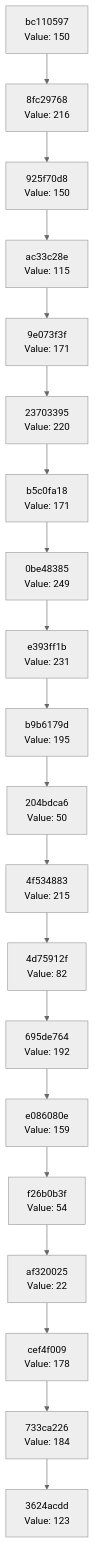
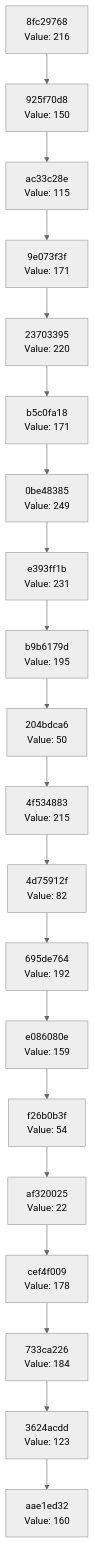
The diagram in docs/CHAIN_VISUALIZATION.md (Abhisheksinha1506/hash-chain-evolver), drawn with Mermaid (neutral theme) before and after one commit. The commit also changed 3 other files, not shown here.

````diff
--- a/docs/CHAIN_VISUALIZATION.md
+++ b/docs/CHAIN_VISUALIZATION.md
@@ -3,42 +3,42 @@
 ```mermaid
 graph TD
-    C0["3624acdd<br/>Value: 123"]
-    C1["733ca226<br/>Value: 184"]
+    C0["aae1ed32<br/>Value: 160"]
+    C1["3624acdd<br/>Value: 123"]
     C1 --> C0
-    C2["cef4f009<br/>Value: 178"]
+    C2["733ca226<br/>Value: 184"]
     C2 --> C1
-    C3["af320025<br/>Value: 22"]
+    C3["cef4f009<br/>Value: 178"]
     C3 --> C2
-    C4["f26b0b3f<br/>Value: 54"]
+    C4["af320025<br/>Value: 22"]
     C4 --> C3
-    C5["e086080e<br/>Value: 159"]
+    C5["f26b0b3f<br/>Value: 54"]
     C5 --> C4
-    C6["695de764<br/>Value: 192"]
+    C6["e086080e<br/>Value: 159"]
     C6 --> C5
-    C7["4d75912f<br/>Value: 82"]
+    C7["695de764<br/>Value: 192"]
     C7 --> C6
-    C8["4f534883<br/>Value: 215"]
+    C8["4d75912f<br/>Value: 82"]
     C8 --> C7
-    C9["204bdca6<br/>Value: 50"]
+    C9["4f534883<br/>Value: 215"]
     C9 --> C8
-    C10["b9b6179d<br/>Value: 195"]
+    C10["204bdca6<br/>Value: 50"]
     C10 --> C9
-    C11["e393ff1b<br/>Value: 231"]
+    C11["b9b6179d<br/>Value: 195"]
     C11 --> C10
-    C12["0be48385<br/>Value: 249"]
+    C12["e393ff1b<br/>Value: 231"]
     C12 --> C11
-    C13["b5c0fa18<br/>Value: 171"]
+    C13["0be48385<br/>Value: 249"]
     C13 --> C12
-    C14["23703395<br/>Value: 220"]
+    C14["b5c0fa18<br/>Value: 171"]
     C14 --> C13
-    C15["9e073f3f<br/>Value: 171"]
+    C15["23703395<br/>Value: 220"]
     C15 --> C14
-    C16["ac33c28e<br/>Value: 115"]
+    C16["9e073f3f<br/>Value: 171"]
     C16 --> C15
-    C17["925f70d8<br/>Value: 150"]
+    C17["ac33c28e<br/>Value: 115"]
     C17 --> C16
-    C18["8fc29768<br/>Value: 216"]
+    C18["925f70d8<br/>Value: 150"]
     C18 --> C17
-    C19["bc110597<br/>Value: 150"]
+    C19["8fc29768<br/>Value: 216"]
     C19 --> C18
 ```
````
